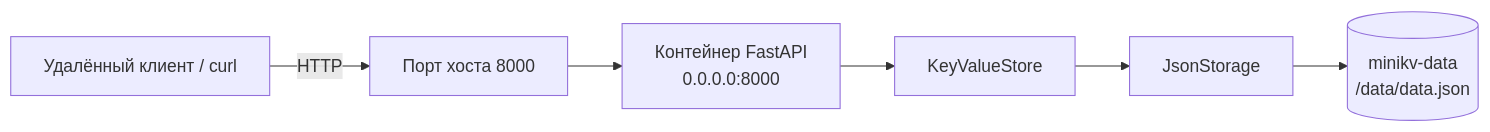
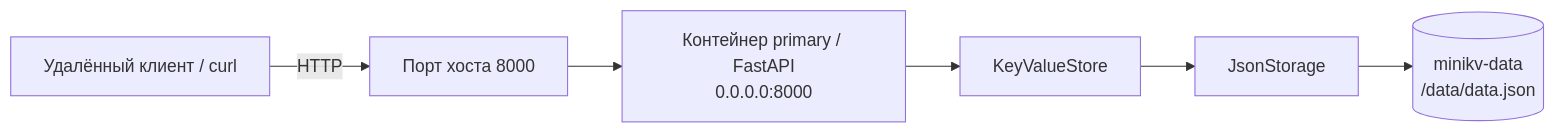
The diagram in docs/diagrams/lab3_deployment.md (EgorChernov5/ITMO_SECS_BDI_2026), drawn with Mermaid before and after one commit. The commit also changed other lines of this file and 1 other file, not shown here.

````diff
--- a/docs/diagrams/lab3_deployment.md
+++ b/docs/diagrams/lab3_deployment.md
@@ -3,15 +3,15 @@
 ```mermaid
 flowchart LR
     Client[Удалённый клиент / curl]
     Port[Порт хоста 8000]
-    API[Контейнер FastAPI<br/>0.0.0.0:8000]
+    API[Контейнер primary / FastAPI<br/>0.0.0.0:8000]
     Store[KeyValueStore]
     Engine[JsonStorage]
     Volume[(minikv-data<br/>/data/data.json)]
 
     Client -->|HTTP| Port
     Port --> API
     API --> Store
     Store --> Engine
     Engine --> Volume
 ```
````
